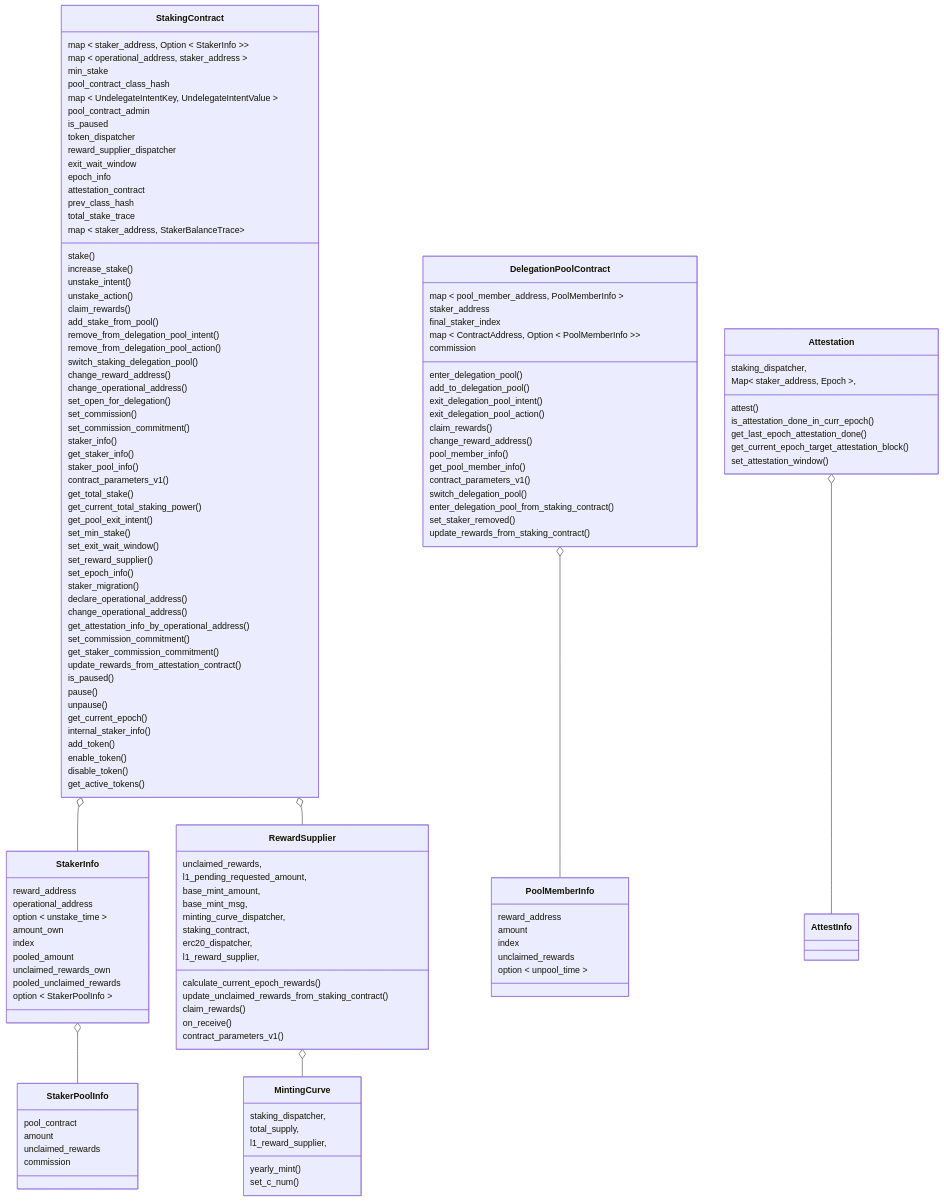
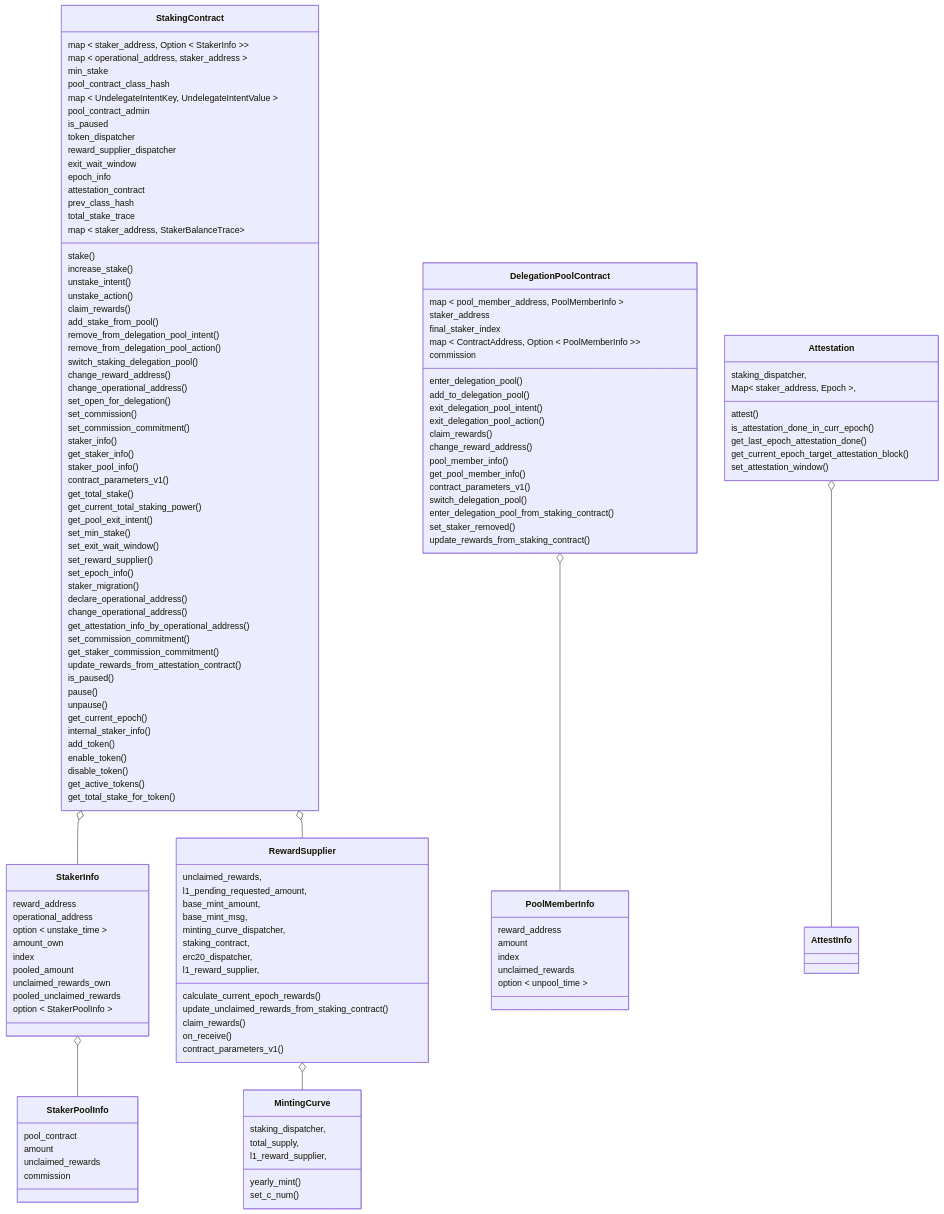
The first of 8 diagrams in workspace/apps/staking/docs/spec.md (starkware-libs/starknet-staking), drawn with Mermaid before and after one commit. The commit also changed other lines of this file and 3 other files, not shown here.

Commit message:
feat(staking): get_total_stake_for_token view function (#4550)

```diff
--- a/workspace/apps/staking/docs/spec.md
+++ b/workspace/apps/staking/docs/spec.md
@@ -305,6 +306,7 @@
     enable_token()
     disable_token()
     get_active_tokens()
+    get_total_stake_for_token()
   }
   class DelegationPoolContract{
     map < pool_member_address, PoolMemberInfo >
```
